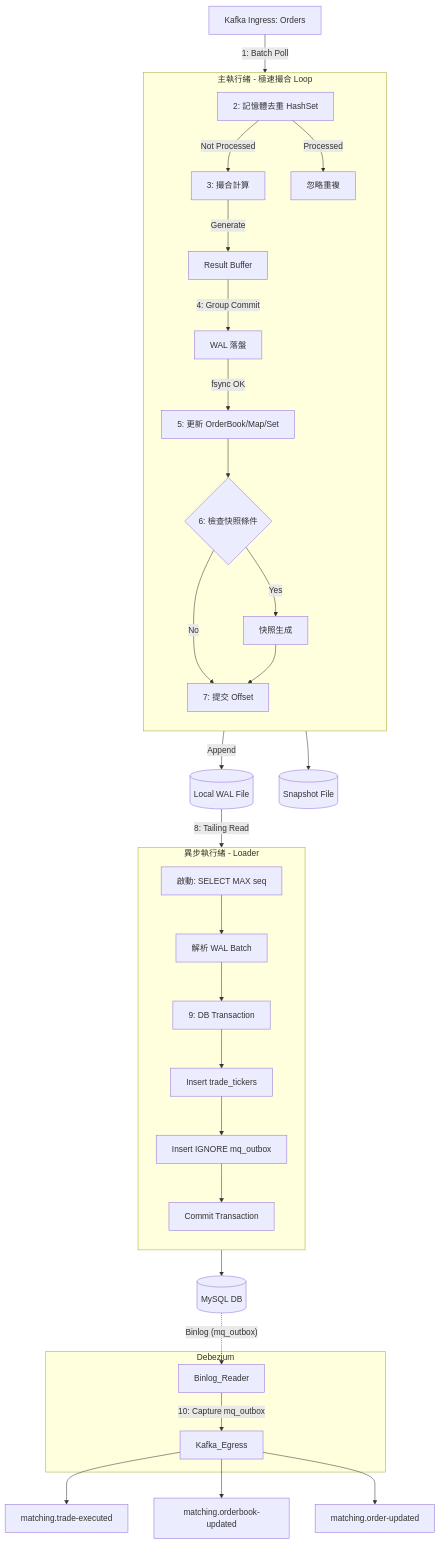
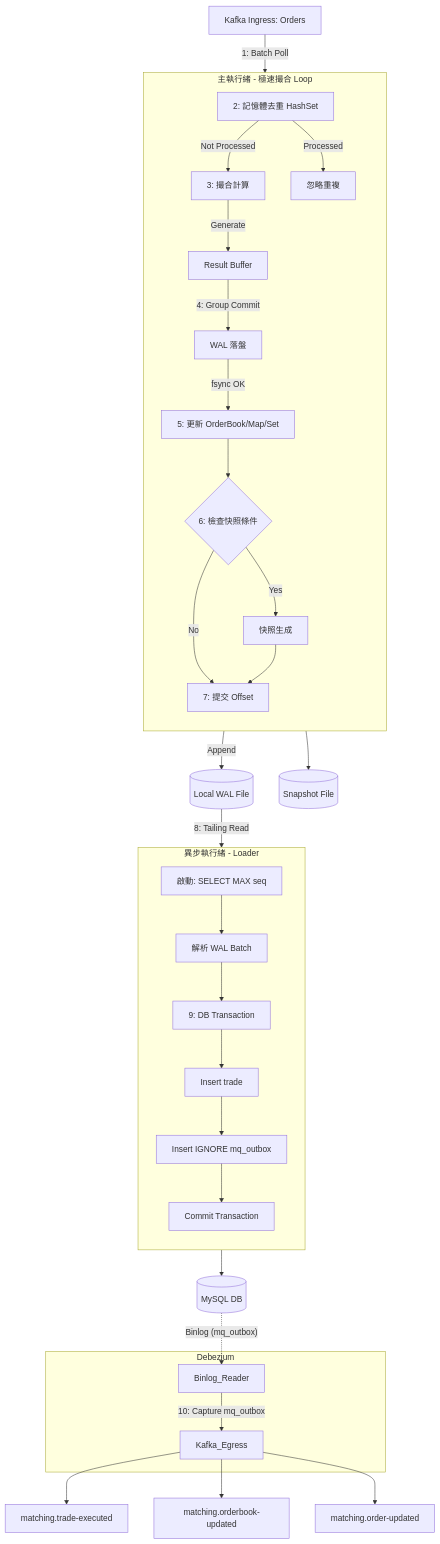
One commit to vincentf13/open.vincentf13 changed the third of 3 diagrams in design/exchange/0.exchange_design.md. Above: the diagram before and after it, drawn with Mermaid. The commit also changed other lines of this file, not shown here.

````diff
--- a/design/exchange/0.exchange_design.md
+++ b/design/exchange/0.exchange_design.md
@@ -1993,54 +1993,54 @@
 ```mermaid
 flowchart TD
     %% Ingress Layer
     Kafka_Ingress["Kafka Ingress: Orders"] -->|"1: Batch Poll"| Main_Thread
     
     %% Main Processing Unit
     subgraph Main_Thread [主執行緒 - 極速撮合 Loop]
         direction TB
         Filter["2: 記憶體去重 HashSet"] -->|"Not Processed"| Match["3: 撮合計算"]
         Filter -->|"Processed"| Skip["忽略重複"]
         
         Match -->|"Generate"| Result_Buffer["Result Buffer"]
         Result_Buffer -->|"4: Group Commit"| Batch_WAL["WAL 落盤"]
         Batch_WAL -->|"fsync OK"| Memory_Apply["5: 更新 OrderBook/Map/Set"]
         
         %% 修正點：序列化流程 (串行)
         Memory_Apply --> Snapshot_Check{"6: 檢查快照條件"}
         Snapshot_Check -->|"Yes"| Snapshot_Gen["快照生成"]
         Snapshot_Check -->|"No"| Commit_Offset["7: 提交 Offset"]
         Snapshot_Gen --> Commit_Offset
     end
 
     %% Persistence Layer
     Batch_WAL -- Append --> Local_WAL_File[("Local WAL File")]
     Local_WAL_File -->|"8: Tailing Read"| Async_Loader
     Snapshot_Gen --> Snapshot_File[("Snapshot File")]
 
     %% Async Loader Unit
     subgraph Async_Loader [異步執行緒 - Loader]
         direction TB
         Recovery_Check["啟動: SELECT MAX seq"] --> Loader_Loop
         Loader_Loop["解析 WAL Batch"] --> DB_Tx["9: DB Transaction"]
         
         %% 修正點：同一個事務內寫入，無 Redis
-        DB_Tx --> SQL_Biz["Insert trade_tickers"]
+        DB_Tx --> SQL_Biz["Insert trade"]
         SQL_Biz --> SQL_Outbox["Insert IGNORE mq_outbox"]
         
         SQL_Outbox --> DB_Commit["Commit Transaction"]
     end
     
     %% Storage Layer
     DB_Tx --> MySQL[("MySQL DB")]
     
     %% Egress Layer (CDC)
     subgraph CDC_Layer [Debezium]
         Binlog_Reader -->|"10: Capture mq_outbox"| Kafka_Egress
     end
     
     %% 修正點：Binlog 僅監聽 mq_outbox 用於發送事件
     MySQL -.->|"Binlog (mq_outbox)"| Binlog_Reader
     Kafka_Egress --> Topic_Trade["matching.trade-executed"]
     Kafka_Egress --> Topic_Book["matching.orderbook-updated"]
     Kafka_Egress --> Topic_Order["matching.order-updated"]
 ```
````
